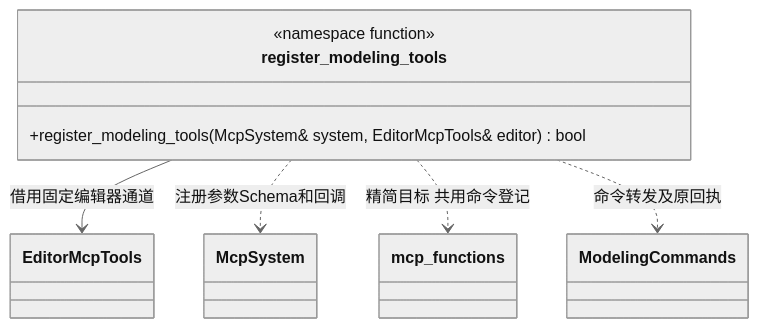
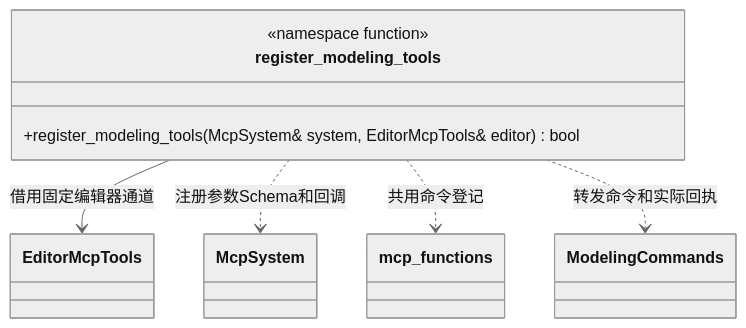
One commit to lcals/Engine changed the diagram in docs/plugins/editor/class-diagrams/modeling-mcp-tools.md. Above: the diagram before and after it, drawn with Mermaid (neutral theme). The commit also changed other lines of this file and 601 other files, not shown here.

````diff
--- a/docs/plugins/editor/class-diagrams/modeling-mcp-tools.md
+++ b/docs/plugins/editor/class-diagrams/modeling-mcp-tools.md
@@ -7,15 +7,15 @@
 ```mermaid
 classDiagram
     class register_modeling_tools {
         <<namespace function>>
         +register_modeling_tools(McpSystem& system, EditorMcpTools& editor) bool
     }
     class EditorMcpTools
     class McpSystem
     class ModelingCommands
+    class mcp_functions
     register_modeling_tools --> EditorMcpTools : 借用固定编辑器通道
     register_modeling_tools ..> McpSystem : 注册参数Schema和回调
-    class mcp_functions
-    register_modeling_tools ..> mcp_functions : 精简目标 共用命令登记
-    register_modeling_tools ..> ModelingCommands : 命令转发及原回执
+    register_modeling_tools ..> mcp_functions : 共用命令登记
+    register_modeling_tools ..> ModelingCommands : 转发命令和实际回执
 ```
````
